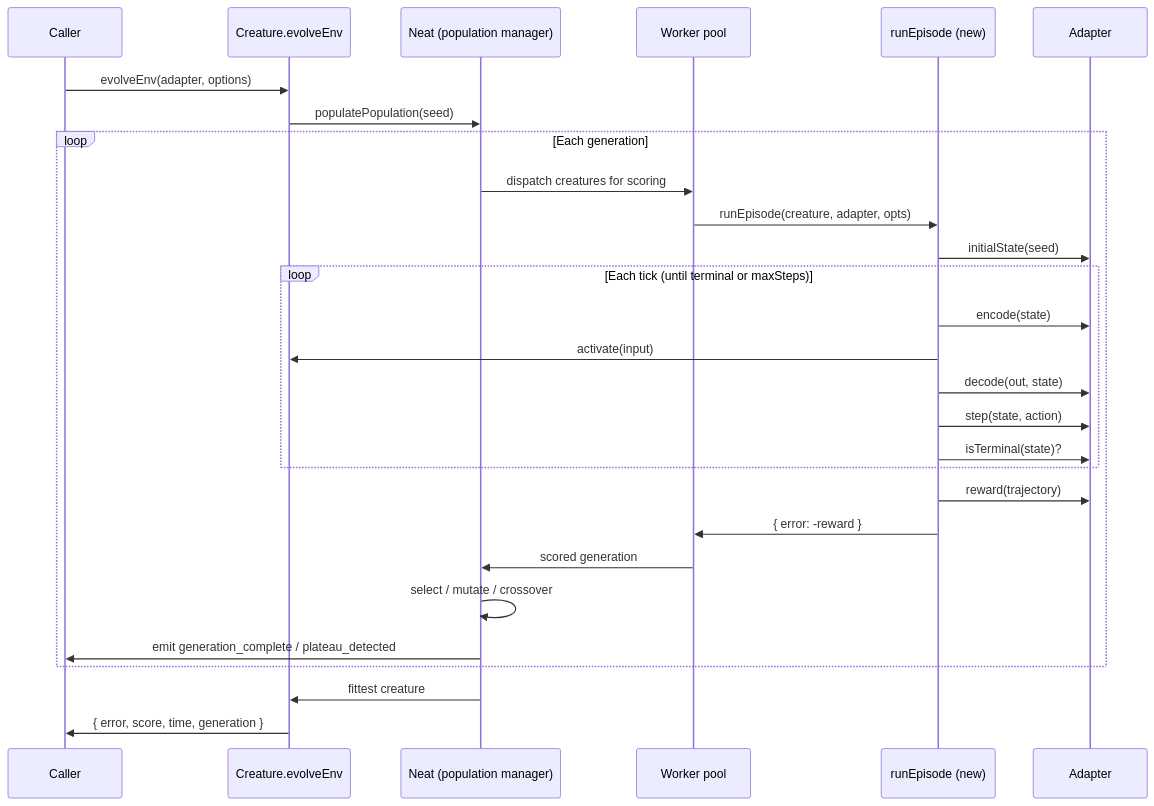
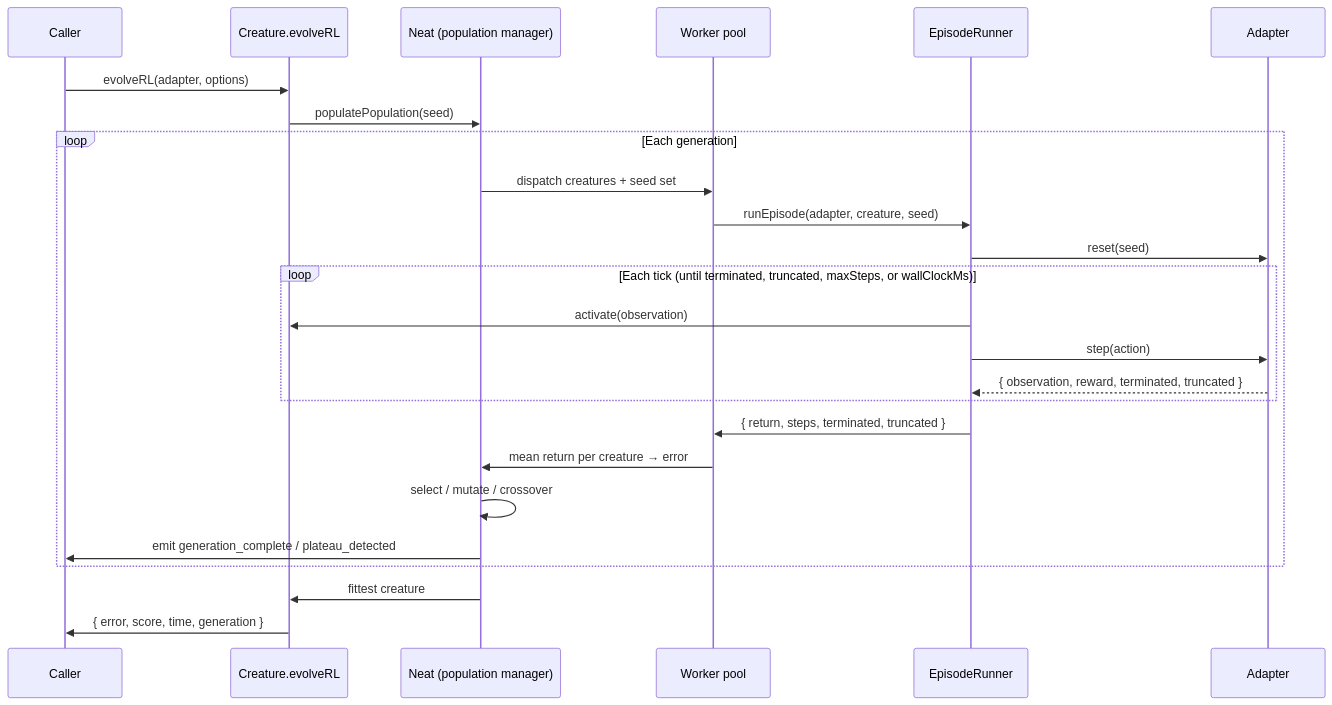
Before and after one commit to stSoftwareAU/NEAT-AI: the fourth of 4 diagrams in docs/event-driven-evolution.md, drawn with Mermaid. The commit also changed other lines of this file and 3 other files, not shown here.

````diff
--- a/docs/event-driven-evolution.md
+++ b/docs/event-driven-evolution.md
@@ -292,30 +485,27 @@
 ```mermaid
 sequenceDiagram
     participant Caller
-    participant Creature as Creature.evolveEnv
+    participant Creature as Creature.evolveRL
     participant Neat as Neat (population manager)
     participant Workers as Worker pool
-    participant Scorer as runEpisode (new)
+    participant Runner as EpisodeRunner
     participant Adapter
-    Caller->>Creature: evolveEnv(adapter, options)
+    Caller->>Creature: evolveRL(adapter, options)
     Creature->>Neat: populatePopulation(seed)
     loop Each generation
-        Neat->>Workers: dispatch creatures for scoring
-        Workers->>Scorer: runEpisode(creature, adapter, opts)
-        Scorer->>Adapter: initialState(seed)
-        loop Each tick (until terminal or maxSteps)
-            Scorer->>Adapter: encode(state)
-            Scorer->>Creature: activate(input)
-            Scorer->>Adapter: decode(out, state)
-            Scorer->>Adapter: step(state, action)
-            Scorer->>Adapter: isTerminal(state)?
+        Neat->>Workers: dispatch creatures + seed set
+        Workers->>Runner: runEpisode(adapter, creature, seed)
+        Runner->>Adapter: reset(seed)
+        loop Each tick (until terminated, truncated, maxSteps, or wallClockMs)
+            Runner->>Creature: activate(observation)
+            Runner->>Adapter: step(action)
+            Adapter-->>Runner: { observation, reward, terminated, truncated }
         end
-        Scorer->>Adapter: reward(trajectory)
-        Scorer->>Workers: { error: -reward }
-        Workers->>Neat: scored generation
+        Runner->>Workers: { return, steps, terminated, truncated }
+        Workers->>Neat: mean return per creature → error
         Neat->>Neat: select / mutate / crossover
         Neat->>Caller: emit generation_complete / plateau_detected
     end
     Neat->>Creature: fittest creature
     Creature->>Caller: { error, score, time, generation }
 ```
````
